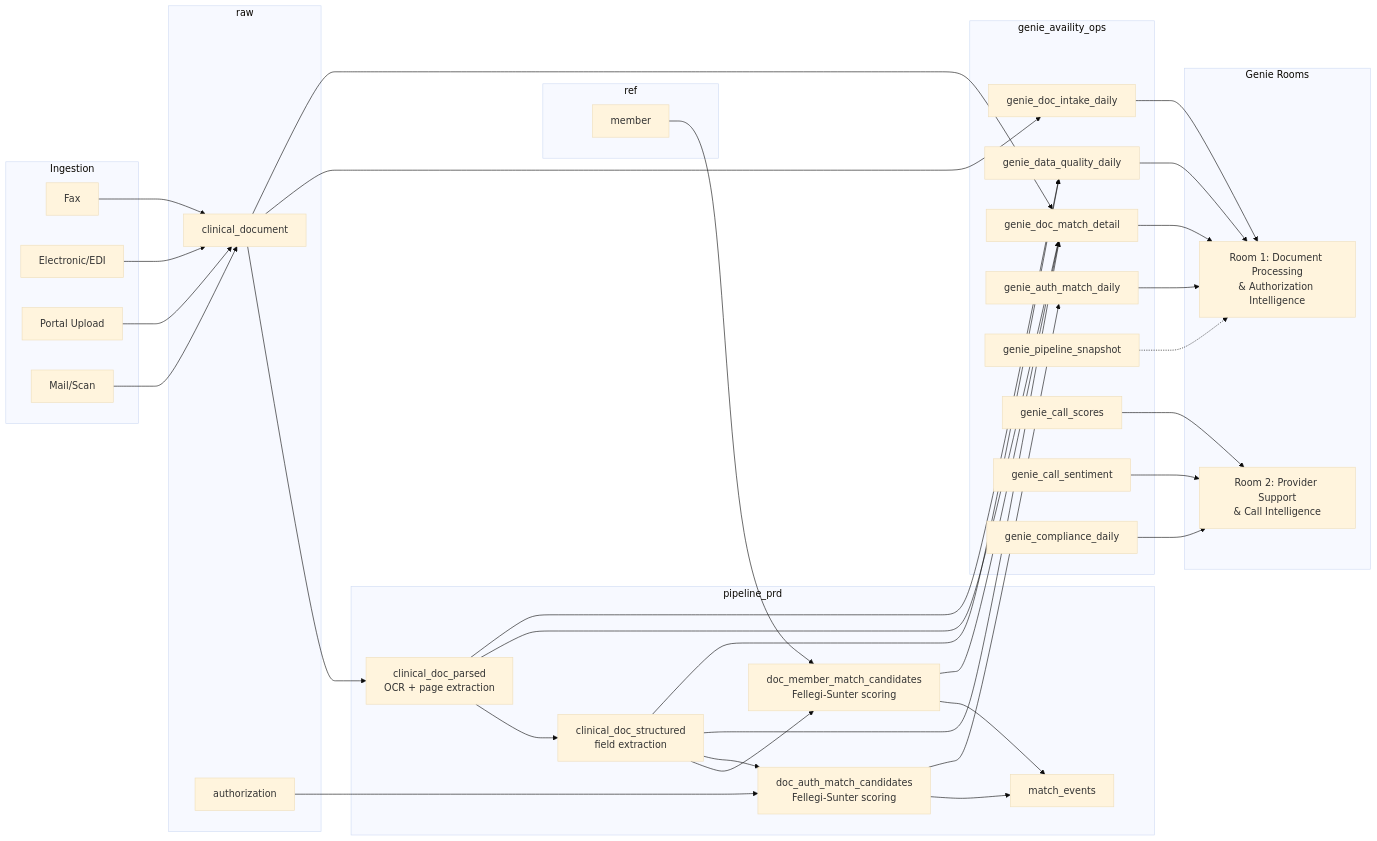
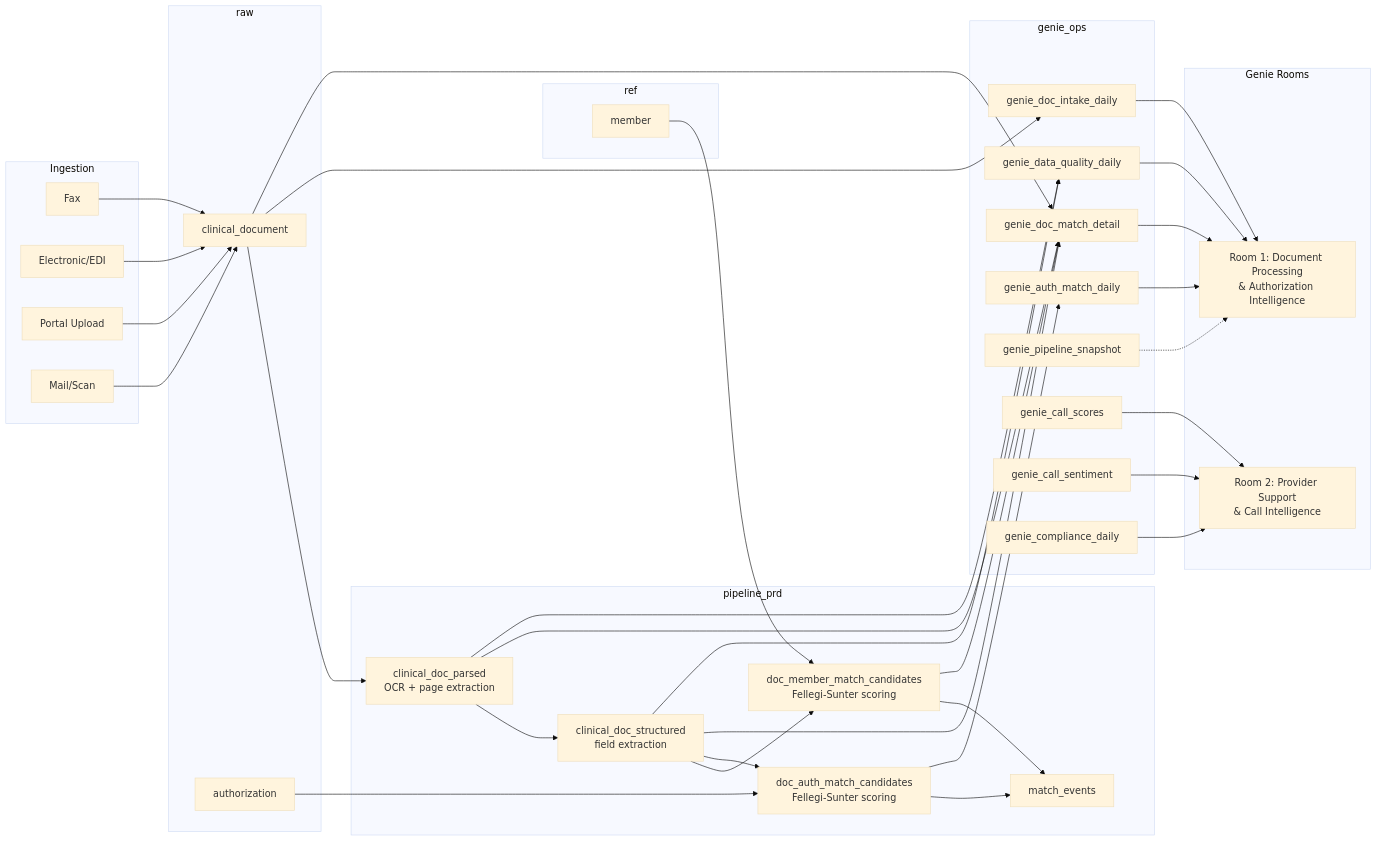
Before and after one commit to swv293/hin-genie: the diagram in README.md, drawn with Mermaid (base theme).

Commit message:
docs(README): relabel diagram subgraph genie_availity_ops → genie_ops
The Mermaid architecture diagram used the literal schema name, which
contains a real company reference. Renamed the subgraph label to a
generic identifier matching the lowercase style of other subgraphs
(raw / ref / pipeline_prd). The underlying Unity Catalog schema name
is unchanged.

````diff
--- a/README.md
+++ b/README.md
@@ -7,58 +7,58 @@
 ```mermaid
 flowchart LR
     subgraph Ingestion
         FAX[Fax]
         EDI[Electronic/EDI]
         UPLOAD[Portal Upload]
         MAIL[Mail/Scan]
     end
 
     subgraph raw
         CD[clinical_document]
         AUTH[authorization]
     end
 
     subgraph ref
         MEM[member]
     end
 
     subgraph pipeline_prd
         PARSE[clinical_doc_parsed<br/>OCR + page extraction]
         STRUCT[clinical_doc_structured<br/>field extraction]
         MMATCH[doc_member_match_candidates<br/>Fellegi-Sunter scoring]
         AMATCH[doc_auth_match_candidates<br/>Fellegi-Sunter scoring]
         EVENTS[match_events]
     end
 
-    subgraph genie_availity_ops
+    subgraph genie_ops
         V1[genie_doc_intake_daily]
         V2[genie_doc_match_detail]
         V3[genie_auth_match_daily]
         V4[genie_data_quality_daily]
         V5[genie_pipeline_snapshot]
         V6[genie_call_scores]
         V7[genie_call_sentiment]
         V8[genie_compliance_daily]
     end
 
     subgraph Genie Rooms
         R1[Room 1: Document Processing<br/>& Authorization Intelligence]
         R2[Room 2: Provider Support<br/>& Call Intelligence]
     end
 
     FAX & EDI & UPLOAD & MAIL --> CD
     CD --> PARSE --> STRUCT
     STRUCT --> MMATCH
     STRUCT --> AMATCH
     MEM --> MMATCH
     AUTH --> AMATCH
     MMATCH & AMATCH --> EVENTS
 
     CD --> V1
     MMATCH & PARSE & STRUCT & CD --> V2
     AMATCH --> V3
     PARSE & STRUCT --> V4
     V5 -.-> R1
     V1 & V2 & V3 & V4 --> R1
     V6 & V7 & V8 --> R2
 ```
````
